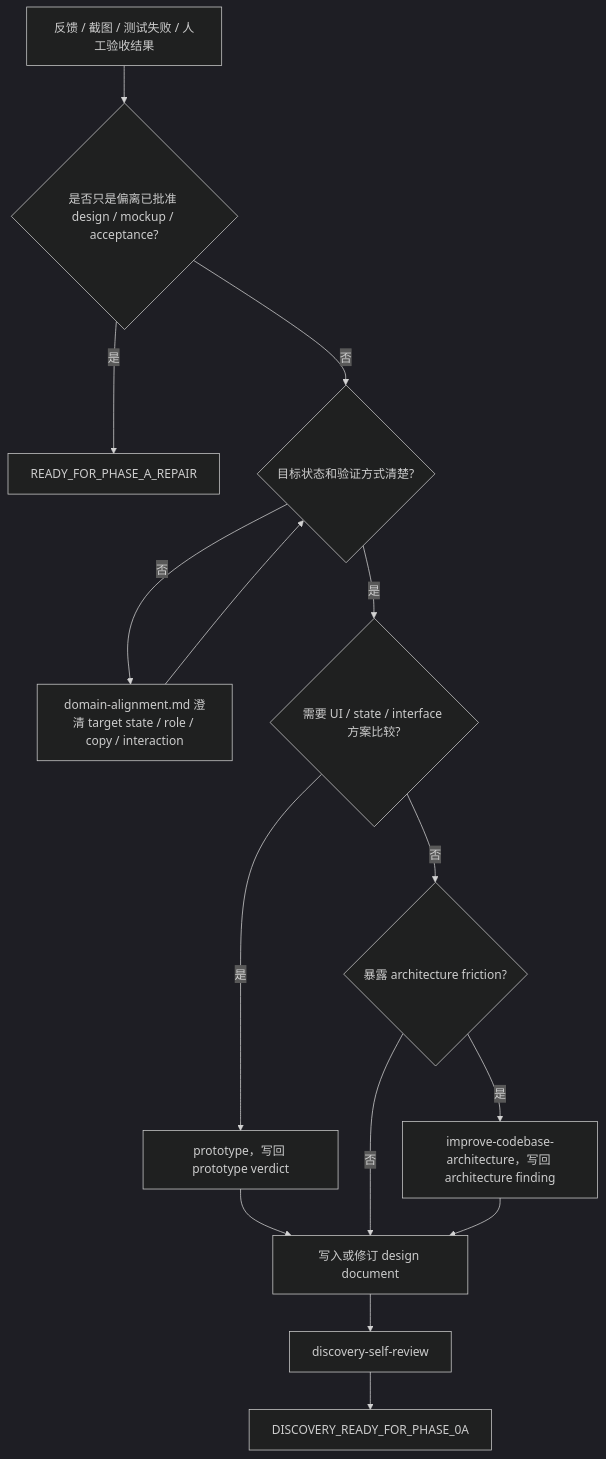
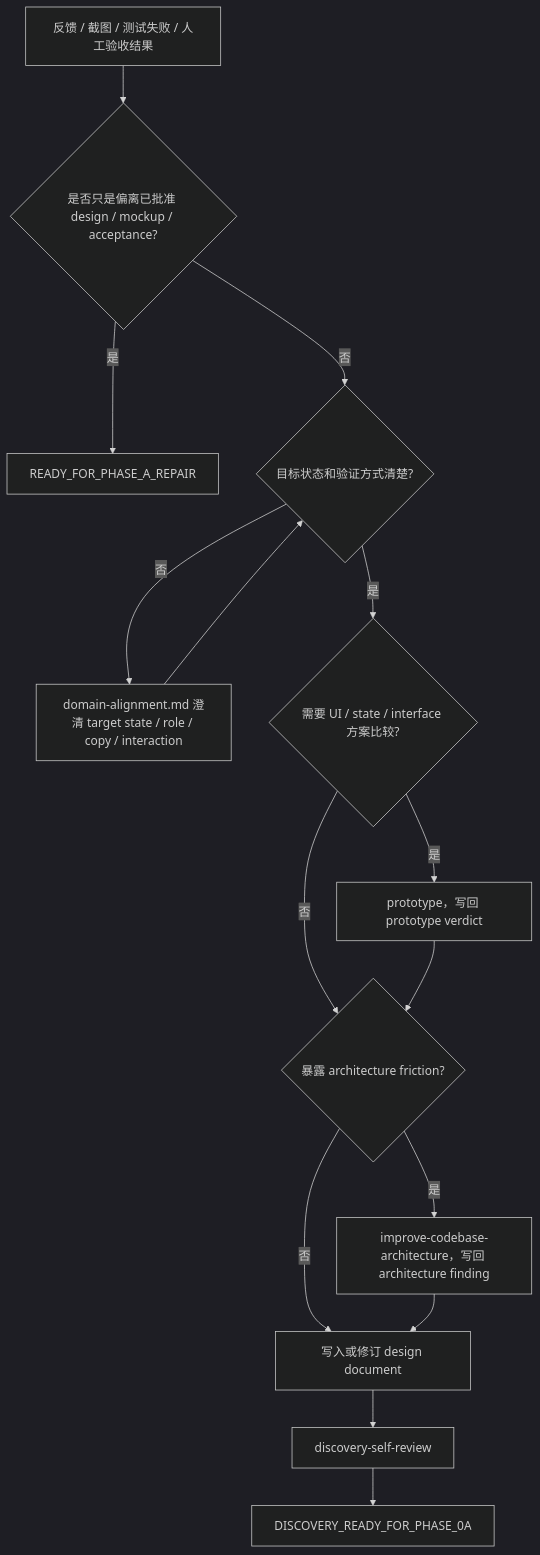
One commit to chancheuklap/multi-model-workflow changed the diagram in .agents/skills/orchestrate-discovery/references/feedback-input.md. Above: the diagram before and after it, drawn with Mermaid (dark theme). The commit also changed 4 other files, not shown here.

Commit message:
Align orchestrate flowcharts with routing text

````diff
--- a/.agents/skills/orchestrate-discovery/references/feedback-input.md
+++ b/.agents/skills/orchestrate-discovery/references/feedback-input.md
@@ -27,17 +27,17 @@
 ```mermaid
 flowchart TD
     A["反馈 / 截图 / 测试失败 / 人工验收结果"] --> B{"是否只是偏离已批准 design / mockup / acceptance?"}
     B -->|是| C["READY_FOR_PHASE_A_REPAIR"]
     B -->|否| D{"目标状态和验证方式清楚?"}
     D -->|否| E["domain-alignment.md 澄清 target state / role / copy / interaction"]
     E --> D
     D -->|是| F{"需要 UI / state / interface 方案比较?"}
     F -->|是| G["prototype，写回 prototype verdict"]
     F -->|否| H{"暴露 architecture friction?"}
-    G --> I["写入或修订 design document"]
+    G --> H
     H -->|是| J["improve-codebase-architecture，写回 architecture finding"]
-    H -->|否| I
+    H -->|否| I["写入或修订 design document"]
     J --> I
     I --> K["discovery-self-review"]
     K --> L["DISCOVERY_READY_FOR_PHASE_0A"]
 ```
````
